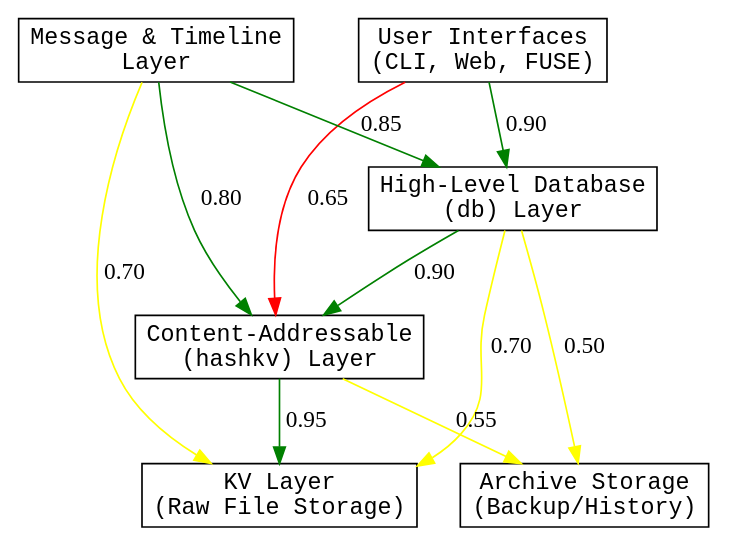
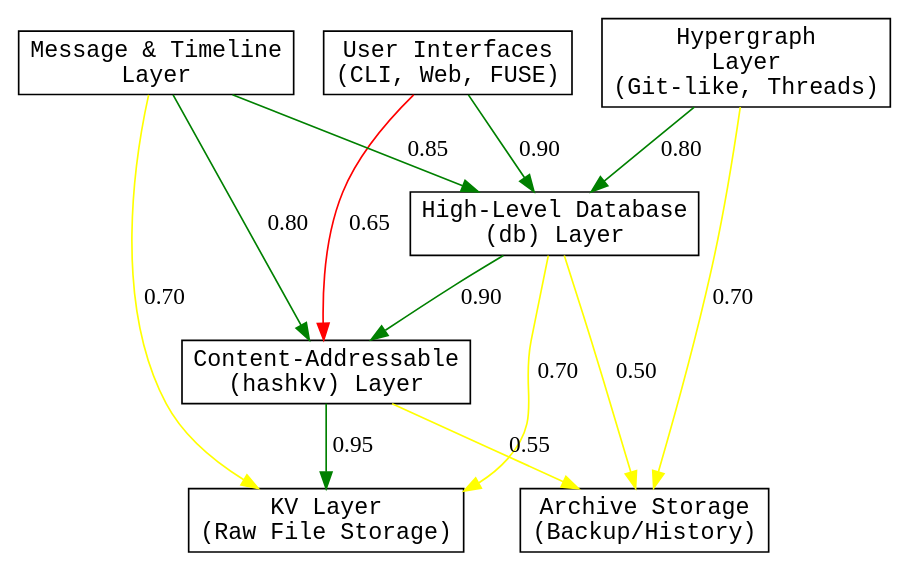
One commit to stevegt/promisebase changed the diagram in x/layers.dot. Above: the diagram before and after it, drawn with Graphviz. The commit also changed 2 other files, not shown here.

Commit message:
Revise layering structure and split message timeline
.aidda/prompt:
• Remove instructions to reverse arrow directions in layering diagram.
• Instruct splitting "Message and Timeline" into "Message Layer" and "Timeline and Versioning" pointing to the hypergraph layer.

.aidda/response:
• Add a new "Hypergraph" node in the layering graph.
• Insert edges from Hypergraph to DB (green) and to Archive (yellow).
• Update comments to reflect multiple roots and alternative connection strategy.
• Adjust message text to remove reverse arrow instructions.

x/layers.dot:
• Add a new "Hypergraph" node in the DOT diagram.
• Insert edges from Hypergraph to DB and Archive.
• Update comments to indicate multiple roots and refer to "storage backends" instead of "storage".

```diff
--- a/x/layers.dot
+++ b/x/layers.dot
@@ -1,30 +1,33 @@
 digraph Layers {
   rankdir=TB;
   node [shape=box, style=filled, fillcolor=white,
   fontname="monospace"];
 
   UI [label="User Interfaces\n(CLI, Web, FUSE)"];
   Msg [label="Message & Timeline\nLayer"];
+  HGraph [label="Hypergraph\nLayer\n(Git-like, Threads)"];
   DB [label="High-Level Database\n(db) Layer"];
   HashKV [label="Content-Addressable\n(hashkv) Layer"];
   KV [label="KV Layer\n(Raw File Storage)"];
   Archive [label="Archive Storage\n(Backup/History)"];
 
-  // UI and Msg are independent roots.
+  // Multiple roots: UI, Msg, and HGraph have no incoming edges.
   UI -> DB [label="0.90", color="green"];
   Msg -> DB [label="0.85", color="green"];
+  HGraph -> DB [label="0.80", color="green"];
 
-  // Additional alternative connections from the roots.
+  // Alternative connections from roots.
   UI -> HashKV [label="0.65", color="red"];
   Msg -> HashKV [label="0.80", color="green"];
   Msg -> KV [label="0.70", color="yellow"];
+  HGraph -> Archive [label="0.70", color="yellow"];
 
   // Primary flow from DB downwards.
   DB -> HashKV [label="0.90", color="green"];
   DB -> KV [label="0.70", color="yellow"];
   DB -> Archive [label="0.50", color="yellow"];
 
-  // From HashKV to storage.
+  // From HashKV to storage backends.
   HashKV -> KV [label="0.95", color="green"];
   HashKV -> Archive [label="0.55", color="yellow"];
 }
```
